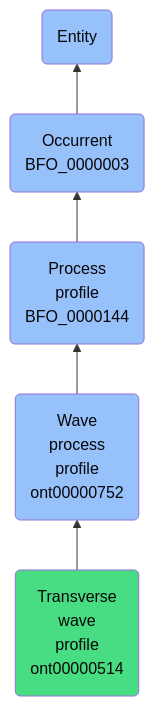
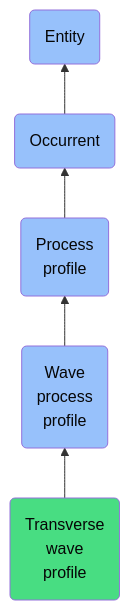
Before and after one commit to jupyter-naas/abi: the diagram in docs/ontology/reference/model/Entity/Occurrent/Process profile/Wave process profile/Transverse wave profile/Transverse wave profile.md, drawn with Mermaid. The commit also changed other lines of this file and 1430 other files, not shown here.

````diff
--- a/docs/ontology/reference/model/Entity/Occurrent/Process profile/Wave process profile/Transverse wave profile/Transverse wave profile.md
+++ b/docs/ontology/reference/model/Entity/Occurrent/Process profile/Wave process profile/Transverse wave profile/Transverse wave profile.md
@@ -24,12 +24,12 @@
 ```mermaid
 graph BT
-    ont00000514(Transverse<br>wave<br>profile<br>ont00000514):::ABI-->ont00000752
-    ont00000752(Wave<br>process<br>profile<br>ont00000752):::BFO-->BFO_0000144
-    BFO_0000144(Process<br>profile<br>BFO_0000144):::BFO-->BFO_0000003
-    BFO_0000003(Occurrent<br>BFO_0000003):::BFO-->BFO_0000001
+    ont00000514(Transverse<br>wave<br>profile):::ABI-->ont00000752
+    ont00000752(Wave<br>process<br>profile):::BFO-->BFO_0000144
+    BFO_0000144(Process<br>profile):::BFO-->BFO_0000003
+    BFO_0000003(Occurrent):::BFO-->BFO_0000001
     BFO_0000001(Entity):::BFO
     
     classDef BFO fill:#97c1fb,color:#060606
     classDef CCO fill:#e4c51e,color:#060606
     classDef ABI fill:#48DD82,color:#060606
 ```
````
